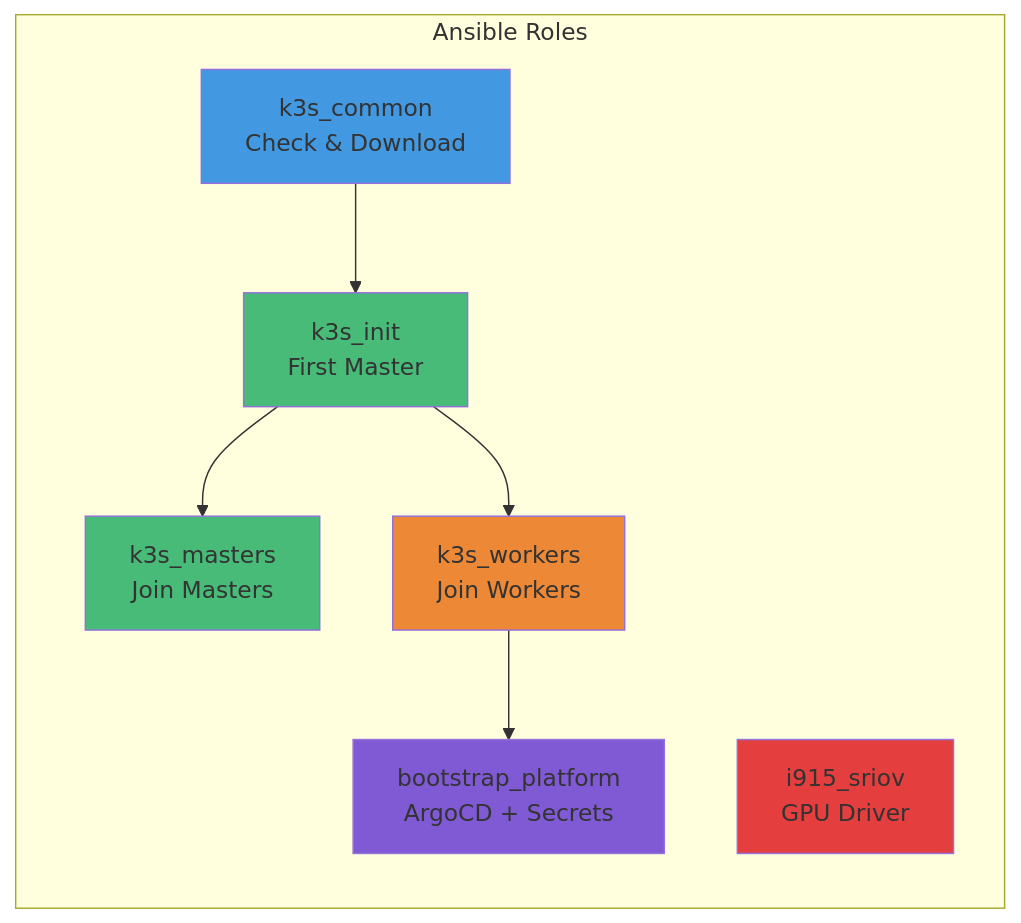
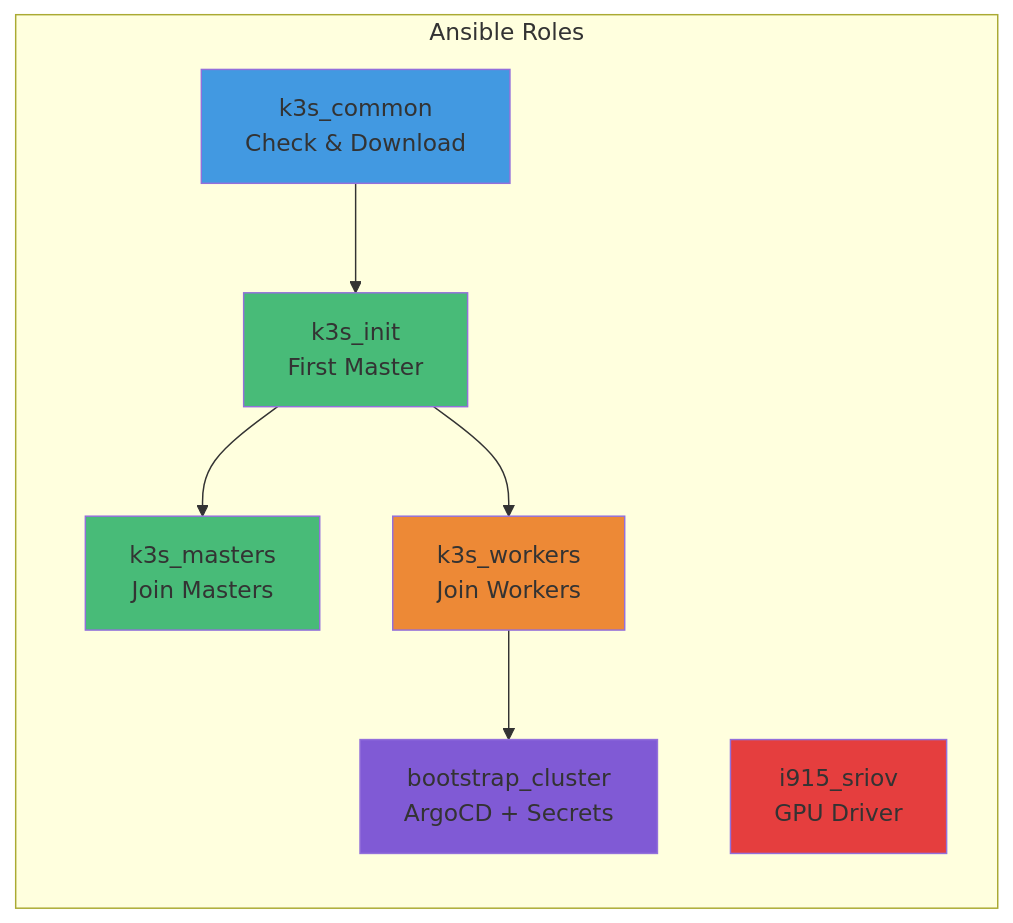
One commit to Starktastic-Homelab/ansible changed the second of 5 diagrams in README.md. Above: the diagram before and after it, drawn with Mermaid. The commit also changed other lines of this file and 7 other files, not shown here.

````diff
--- a/README.md
+++ b/README.md
@@ -110,23 +110,23 @@
 ```mermaid
 flowchart LR
     subgraph Roles["Ansible Roles"]
         Common[k3s_common<br/>Check & Download]
         Init[k3s_init<br/>First Master]
         Masters[k3s_masters<br/>Join Masters]
         Workers[k3s_workers<br/>Join Workers]
-        Bootstrap[bootstrap_platform<br/>ArgoCD + Secrets]
+        Bootstrap[bootstrap_cluster<br/>ArgoCD + Secrets]
         SRIOV[i915_sriov<br/>GPU Driver]
     end
     
     Common --> Init
     Init --> Masters
     Init --> Workers
     Workers --> Bootstrap
     
     style Common fill:#4299e1
     style Init fill:#48bb78
     style Masters fill:#48bb78
     style Workers fill:#ed8936
     style Bootstrap fill:#805ad5
     style SRIOV fill:#e53e3e
 ```
````
